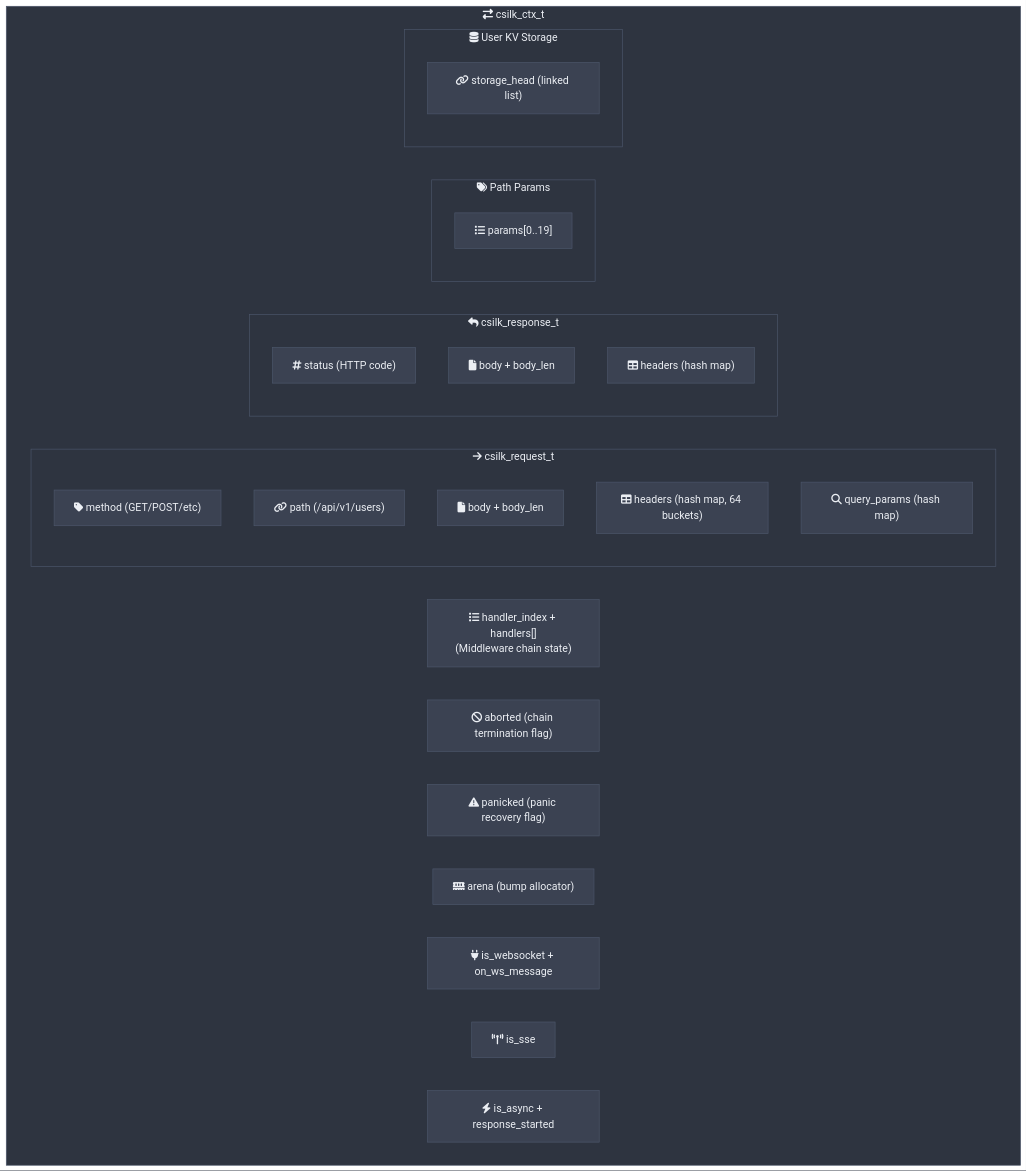
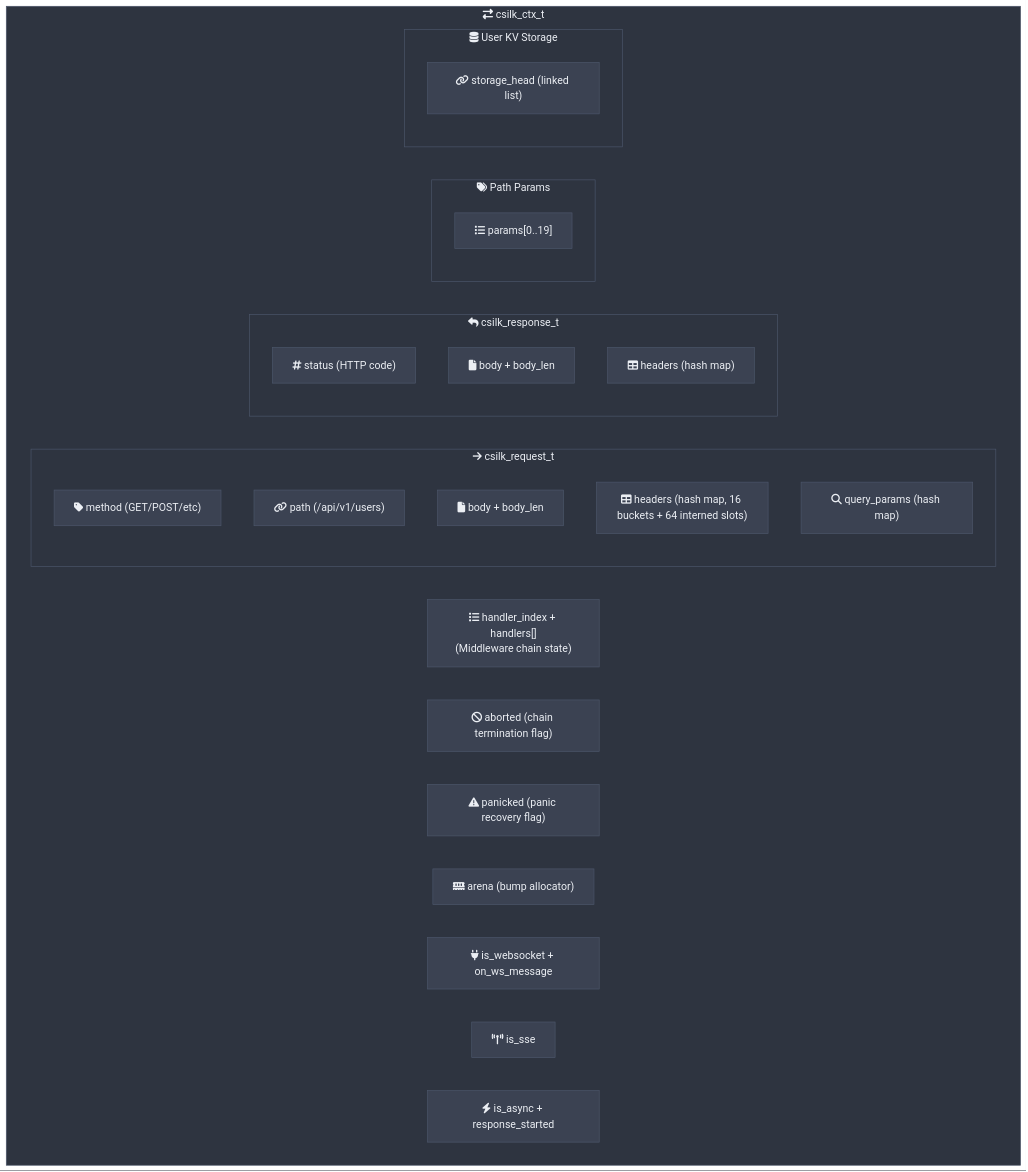
The first of 5 diagrams in docs/en/module-design/context.md (quintin-lee/csilk), drawn with Mermaid before and after one commit. The commit also changed 8 other files, not shown here.

````diff
--- a/docs/en/module-design/context.md
+++ b/docs/en/module-design/context.md
@@ -7,57 +7,57 @@
 ```mermaid
 %%{init: {
   'theme': 'base',
   'themeVariables': {
     'background': '#2E3440',
     'primaryColor': '#81A1C1',
     'primaryBorderColor': '#4C566A',
     'primaryTextColor': '#ECEFF4',
     'secondaryColor': '#3B4252',
     'secondaryBorderColor': '#434C5E',
     'secondaryTextColor': '#D8DEE9',
     'lineColor': '#81A1C1',
     'textColor': '#ECEFF4',
     'mainBkg': '#3B4252',
     'nodeBorder': '#4C566A',
     'clusterBkg': '#2E3440',
     'clusterBorder': '#4C566A',
     'titleColor': '#ECEFF4',
     'edgeLabelBackground': '#3B4252',
     'nodeTextColor': '#ECEFF4'
   },
   'flowchart': {'htmlLabels': true, 'curve': 'basis'}
 }}%%
 graph TB
     subgraph ctx_t["fa:fa-exchange-alt csilk_ctx_t"]
         HW["fa:fa-list handler_index + handlers[]<br/>(Middleware chain state)"]
         AB["fa:fa-ban aborted (chain termination flag)"]
         PN["fa:fa-exclamation-triangle panicked (panic recovery flag)"]
 
         subgraph Request["fa:fa-arrow-right csilk_request_t"]
             RM["fa:fa-tag method (GET/POST/etc)"]
             RP["fa:fa-link path (/api/v1/users)"]
             RB["fa:fa-file body + body_len"]
-            RH["fa:fa-table headers (hash map, 64 buckets)"]
+            RH["fa:fa-table headers (hash map, 16 buckets + 64 interned slots)"]
             RQ["fa:fa-search query_params (hash map)"]
         end
 
         subgraph Response["fa:fa-reply csilk_response_t"]
             RS["fa:fa-hashtag status (HTTP code)"]
             RBODY["fa:fa-file body + body_len"]
             RH2["fa:fa-table headers (hash map)"]
         end
 
         subgraph Params["fa:fa-tags Path Params"]
             P1["fa:fa-list params[0..19]"]
         end
 
         subgraph Storage["fa:fa-database User KV Storage"]
             ST["fa:fa-link storage_head (linked list)"]
         end
 
         AR["fa:fa-memory arena (bump allocator)"]
         WS["fa:fa-plug is_websocket + on_ws_message"]
         SE["fa:fa-broadcast-tower is_sse"]
         AS["fa:fa-bolt is_async + response_started"]
     end
 ```
````
